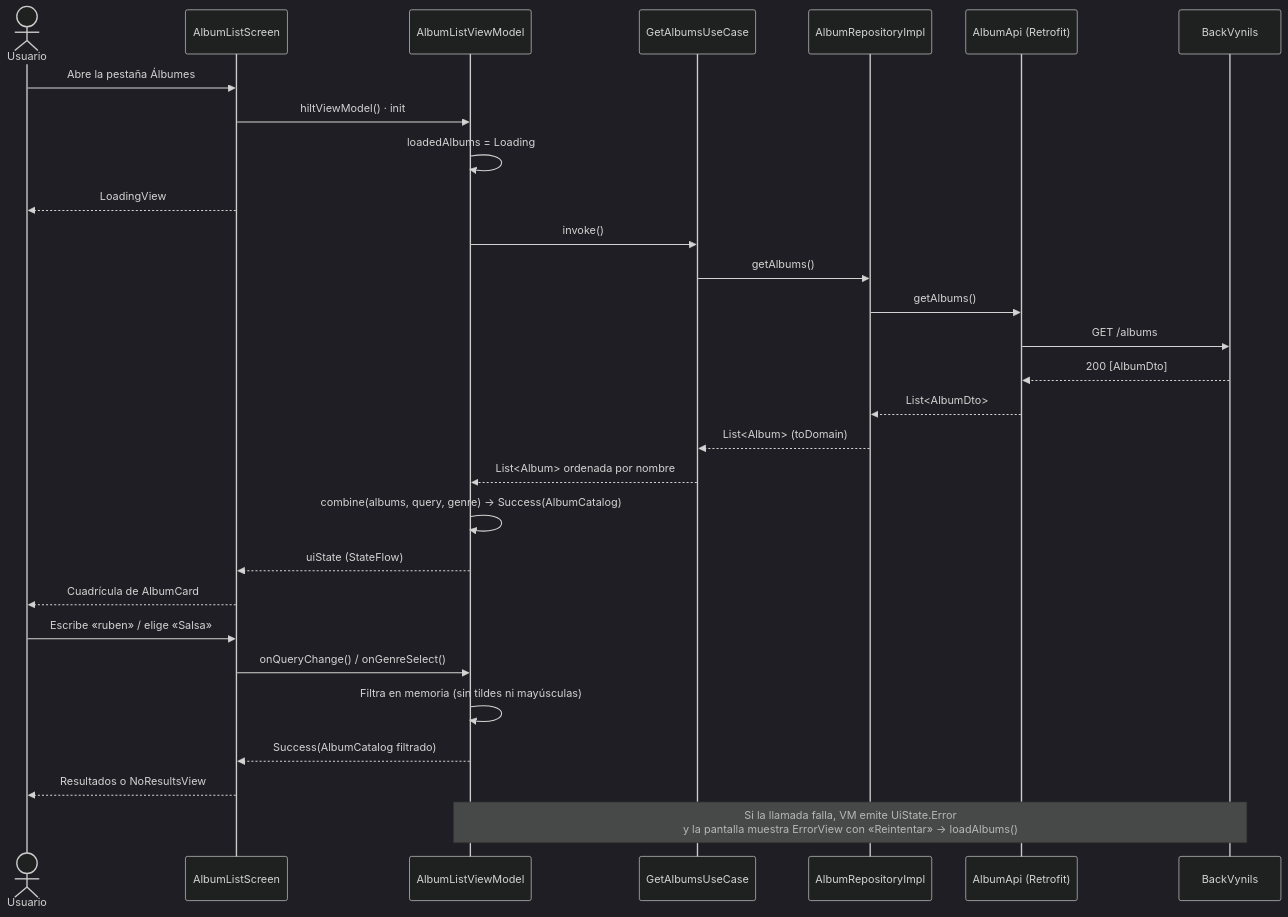
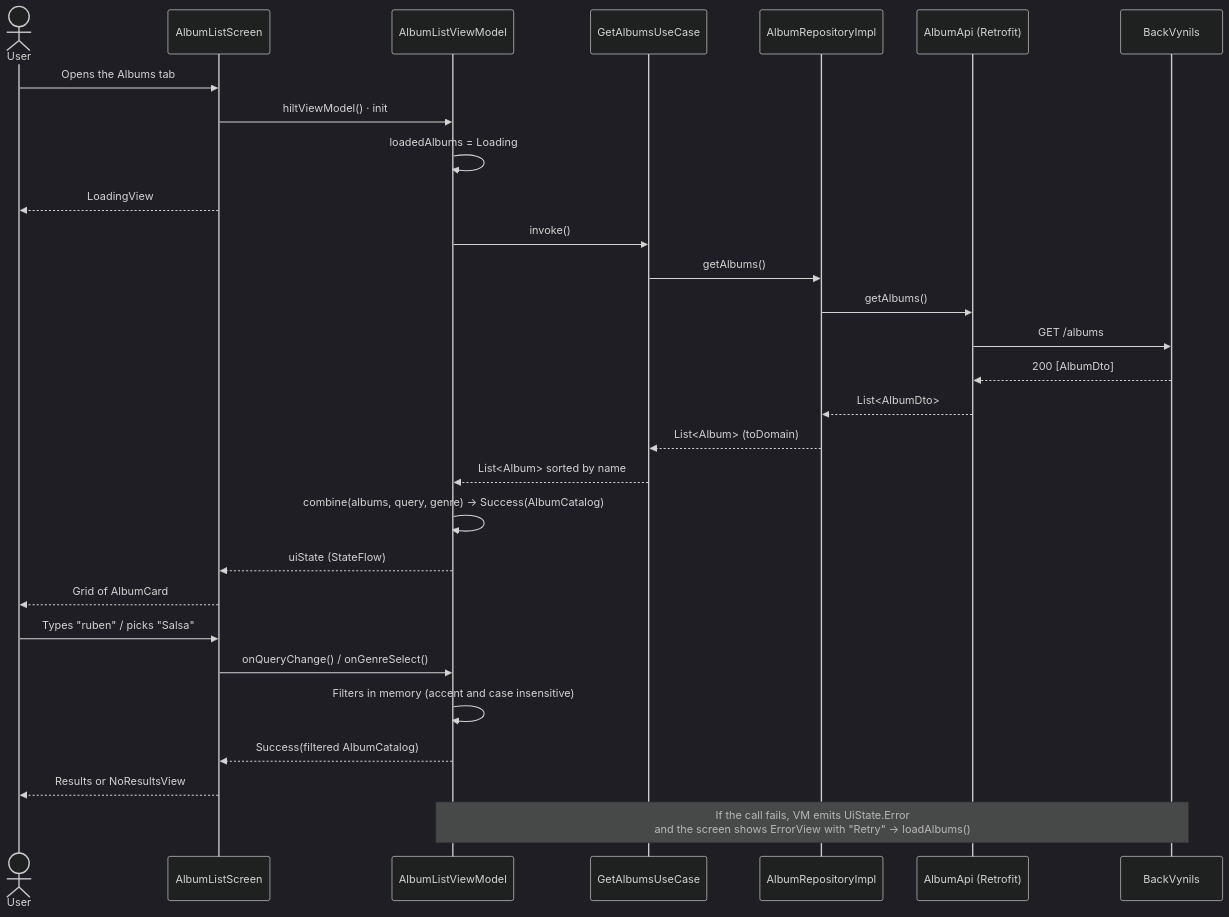
The fifth of 8 diagrams in docs/wiki/Sprint-1-Diseno-arquitectonico.md (jhon0520/Andes-Vynils-App), drawn with Mermaid (dark theme) before and after one commit. The commit also changed other lines of this file and 24 other files, not shown here.

````diff
--- a/docs/wiki/Sprint-1-Diseno-arquitectonico.md
+++ b/docs/wiki/Sprint-1-Diseno-arquitectonico.md
@@ -433,34 +418,34 @@
 ```mermaid
 sequenceDiagram
-    actor U as Usuario
+    actor U as User
     participant S as AlbumListScreen
     participant VM as AlbumListViewModel
     participant UC as GetAlbumsUseCase
     participant R as AlbumRepositoryImpl
     participant A as AlbumApi (Retrofit)
     participant B as BackVynils
 
-    U->>S: Abre la pestaña Álbumes
+    U->>S: Opens the Albums tab
     S->>VM: hiltViewModel() · init
     VM->>VM: loadedAlbums = Loading
     S-->>U: LoadingView
     VM->>UC: invoke()
     UC->>R: getAlbums()
     R->>A: getAlbums()
     A->>B: GET /albums
     B-->>A: 200 [AlbumDto]
     A-->>R: List<AlbumDto>
     R-->>UC: List<Album> (toDomain)
-    UC-->>VM: List<Album> ordenada por nombre
+    UC-->>VM: List<Album> sorted by name
     VM->>VM: combine(albums, query, genre) → Success(AlbumCatalog)
     VM-->>S: uiState (StateFlow)
-    S-->>U: Cuadrícula de AlbumCard
+    S-->>U: Grid of AlbumCard
 
-    U->>S: Escribe «ruben» / elige «Salsa»
+    U->>S: Types "ruben" / picks "Salsa"
     S->>VM: onQueryChange() / onGenreSelect()
-    VM->>VM: Filtra en memoria (sin tildes ni mayúsculas)
-    VM-->>S: Success(AlbumCatalog filtrado)
-    S-->>U: Resultados o NoResultsView
+    VM->>VM: Filters in memory (accent and case insensitive)
+    VM-->>S: Success(filtered AlbumCatalog)
+    S-->>U: Results or NoResultsView
 
-    Note over VM,B: Si la llamada falla, VM emite UiState.Error<br/>y la pantalla muestra ErrorView con «Reintentar» → loadAlbums()
+    Note over VM,B: If the call fails, VM emits UiState.Error<br/>and the screen shows ErrorView with "Retry" → loadAlbums()
 ```
````
